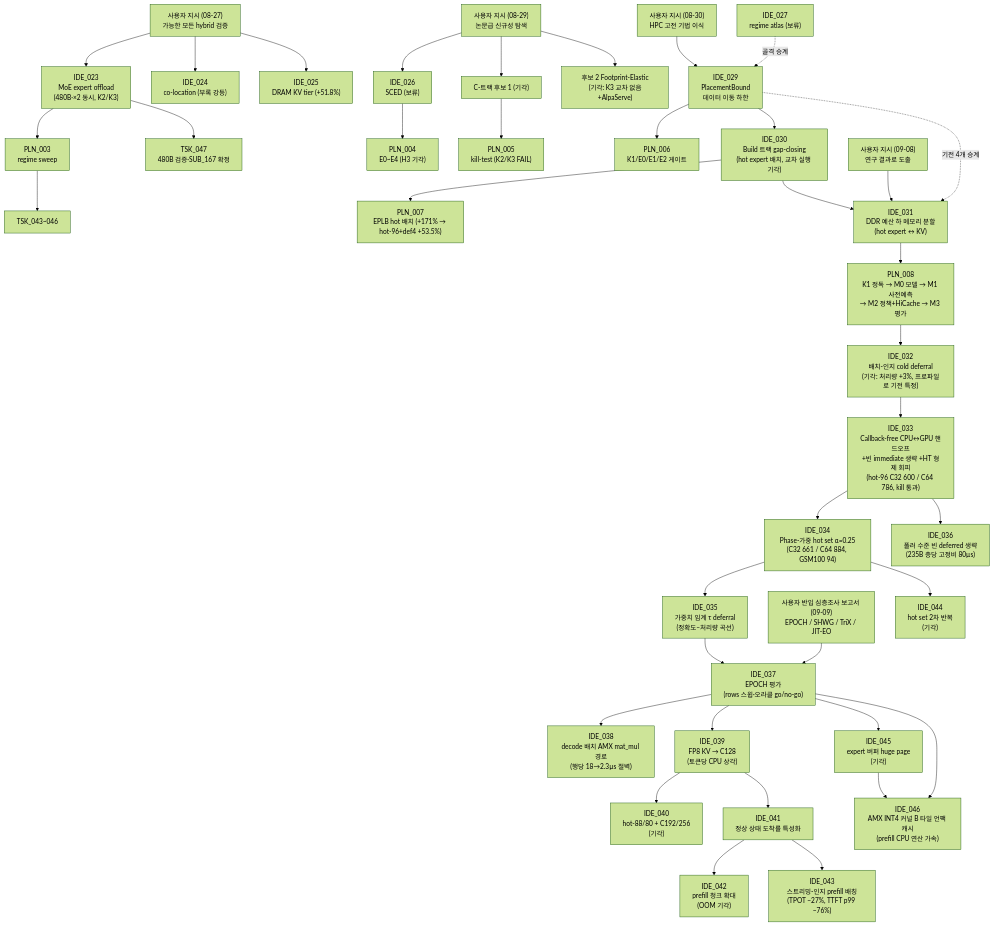
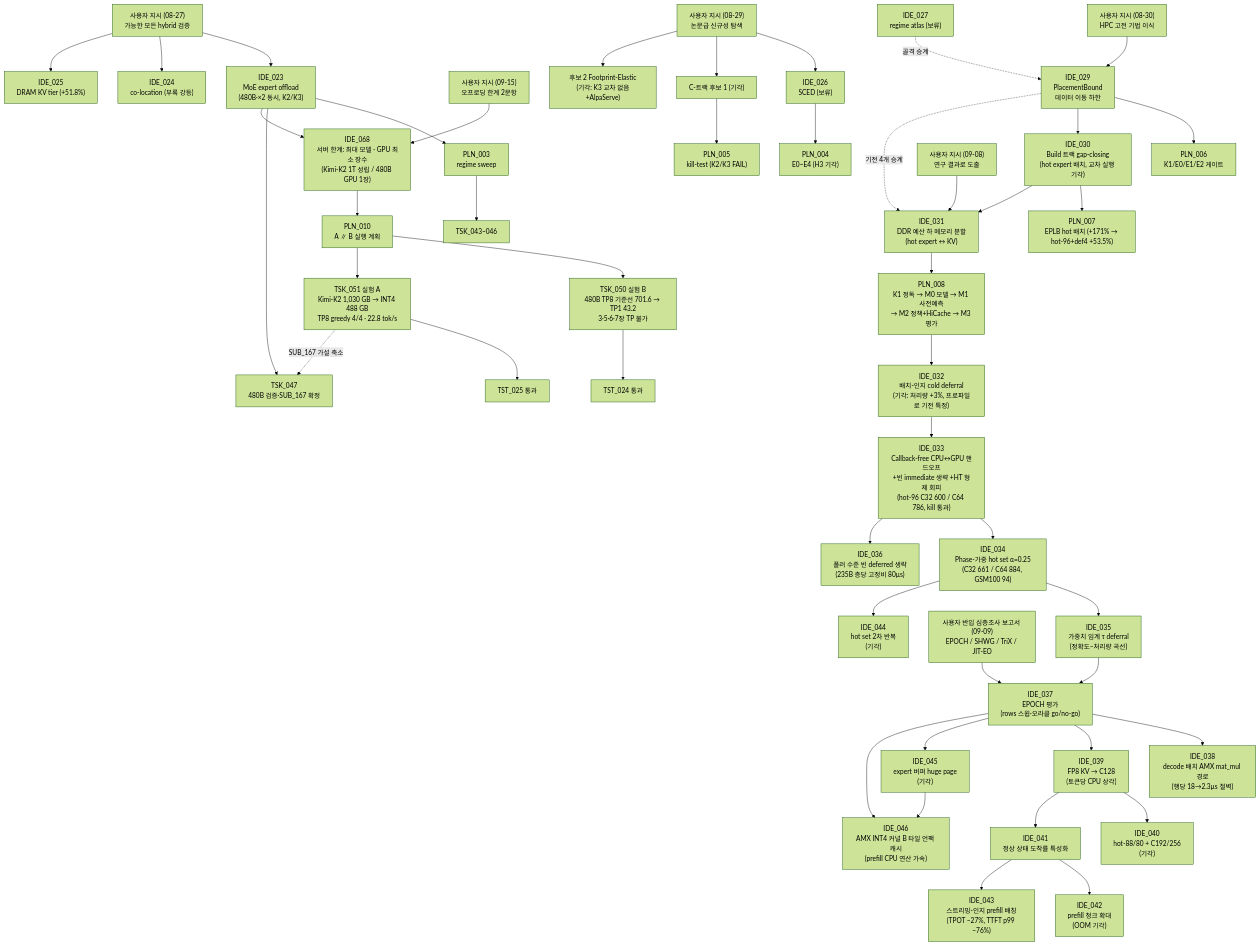
The second of 2 diagrams in shadow_assists/README.md (mystous/vllm_hybrid), drawn with Mermaid (forest theme) before and after one commit.

Commit message:
docs(IDE_068): README trace 트리에 IDE_068/PLN_010/TSK_050·051/TST_024·025 추가
Claude-Session: https://claude.ai/code/session_01DLNvsR6jaGRWLwGy64zHCh

````diff
--- a/shadow_assists/README.md
+++ b/shadow_assists/README.md
@@ -270,40 +270,48 @@
 ```mermaid
 graph TD
     U27["사용자 지시 (08-27)<br/>가능한 모든 hybrid 검증"] --> IDE_023["IDE_023<br/>MoE expert offload<br/>(480B·×2 동시, K2/K3)"]
     U27 --> IDE_024["IDE_024<br/>co-location (부록 강등)"]
     U27 --> IDE_025["IDE_025<br/>DRAM KV tier (+51.8%)"]
     IDE_023 --> PLN_003["PLN_003<br/>regime sweep"]
     PLN_003 --> TSK_043["TSK_043~046"]
     IDE_023 --> TSK_047["TSK_047<br/>480B 검증·SUB_167 확정"]
+    U915["사용자 지시 (09-15)<br/>오프로딩 한계 2문항"] --> IDE_068["IDE_068<br/>서버 한계: 최대 모델 · GPU 최소 장수<br/>(Kimi-K2 1T 성립 / 480B GPU 1장)"]
+    IDE_023 --> IDE_068
+    IDE_068 --> PLN_010["PLN_010<br/>A ∥ B 실행 계획"]
+    PLN_010 --> TSK_050["TSK_050 실험 B<br/>480B TP8 기준선 701.6 → TP1 43.2<br/>3·5·6·7장 TP 불가"]
+    PLN_010 --> TSK_051["TSK_051 실험 A<br/>Kimi-K2 1,030 GB → INT4 488 GB<br/>TP8 greedy 4/4 · 22.8 tok/s"]
+    TSK_050 --> TST_024["TST_024 통과"]
+    TSK_051 --> TST_025["TST_025 통과"]
+    TSK_051 -.SUB_167 가설 축소.-> TSK_047
     UN["사용자 지시 (08-29)<br/>논문급 신규성 탐색"] --> IDE_026["IDE_026<br/>SCED (보류)"]
     IDE_026 --> PLN_004["PLN_004<br/>E0~E4 (H3 기각)"]
     UN --> C1["C-트랙 후보 1 (기각)"]
     C1 --> PLN_005["PLN_005<br/>kill-test (K2/K3 FAIL)"]
     UN --> FP["후보 2 Footprint-Elastic<br/>(기각: K3 교차 없음+AlpaServe)"]
     UH["사용자 지시 (08-30)<br/>HPC 고전 기법 이식"] --> IDE_029["IDE_029<br/>PlacementBound<br/>데이터 이동 하한"]
     IDE_027["IDE_027<br/>regime atlas (보류)"] -.골격 승계.-> IDE_029
     IDE_029 --> PLN_006["PLN_006<br/>K1/E0/E1/E2 게이트"]
     IDE_029 --> IDE_030["IDE_030<br/>Build 트랙 gap-closing<br/>(hot expert 배치, 교차 실행 기각)"]
     IDE_030 --> PLN_007["PLN_007<br/>EPLB hot 배치 (+171% → hot-96+def4 +53.5%)"]
     UP["사용자 지시 (09-08)<br/>연구 결과로 도출"] --> IDE_031["IDE_031<br/>DDR 예산 하 메모리 분할<br/>(hot expert ↔ KV)"]
     IDE_030 --> IDE_031
     IDE_029 -.기전 4개 승계.-> IDE_031
     IDE_031 --> PLN_008["PLN_008<br/>K1 정독 → M0 모델 → M1 사전예측<br/>→ M2 정책+HiCache → M3 평가"]
     PLN_008 --> IDE_032["IDE_032<br/>배치-인지 cold deferral<br/>(기각: 처리량 +3%, 프로파일로 기전 특정)"]
     IDE_032 --> IDE_033["IDE_033<br/>Callback-free CPU↔GPU 핸드오프<br/>+빈 immediate 생략 +HT 형제 회피<br/>(hot-96 C32 600 / C64 786, kill 통과)"]
     IDE_033 --> IDE_034["IDE_034<br/>Phase-가중 hot set α=0.25<br/>(C32 661 / C64 884, GSM100 94)"]
     IDE_034 --> IDE_035["IDE_035<br/>가중치 임계 τ deferral<br/>(정확도–처리량 곡선)"]
     IDE_033 --> IDE_036["IDE_036<br/>폴러 수준 빈 deferred 생략<br/>(235B 층당 고정비 80µs)"]
     UP2["사용자 반입 심층조사 보고서 (09-09)<br/>EPOCH / SHWG / TriX / JIT-EO"] --> IDE_037["IDE_037<br/>EPOCH 평가<br/>(rows 스윕·오라클 go/no-go)"]
     IDE_035 --> IDE_037
     IDE_037 --> IDE_038["IDE_038<br/>decode 배치 AMX mat_mul 경로<br/>(행당 18→2.3µs 절벽)"]
     IDE_037 --> IDE_039["IDE_039<br/>FP8 KV → C128<br/>(토큰당 CPU 상각)"]
     IDE_039 --> IDE_040["IDE_040<br/>hot-88/80 + C192/256<br/>(기각)"]
     IDE_039 --> IDE_041["IDE_041<br/>정상 상태 도착률 특성화"]
     IDE_041 --> IDE_042["IDE_042<br/>prefill 청크 확대<br/>(OOM 기각)"]
     IDE_041 --> IDE_043["IDE_043<br/>스트리밍-인지 prefill 배칭<br/>(TPOT −27%, TTFT p99 −76%)"]
     IDE_034 --> IDE_044["IDE_044<br/>hot set 2차 반복<br/>(기각)"]
     IDE_037 --> IDE_045["IDE_045<br/>expert 버퍼 huge page<br/>(기각)"]
     IDE_045 --> IDE_046["IDE_046<br/>AMX INT4 커널 B 타일 언팩 캐시<br/>(prefill CPU 연산 가속)"]
     IDE_037 --> IDE_046
 ```
````
